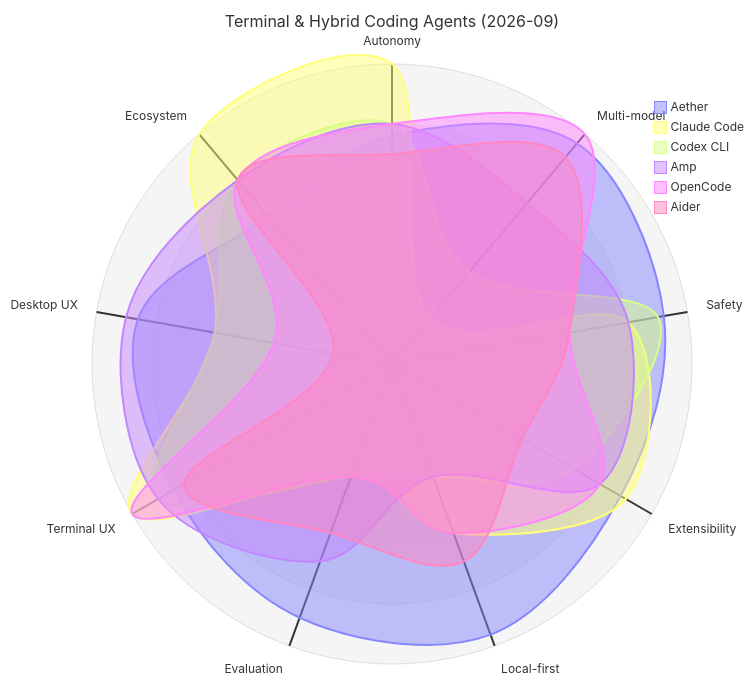
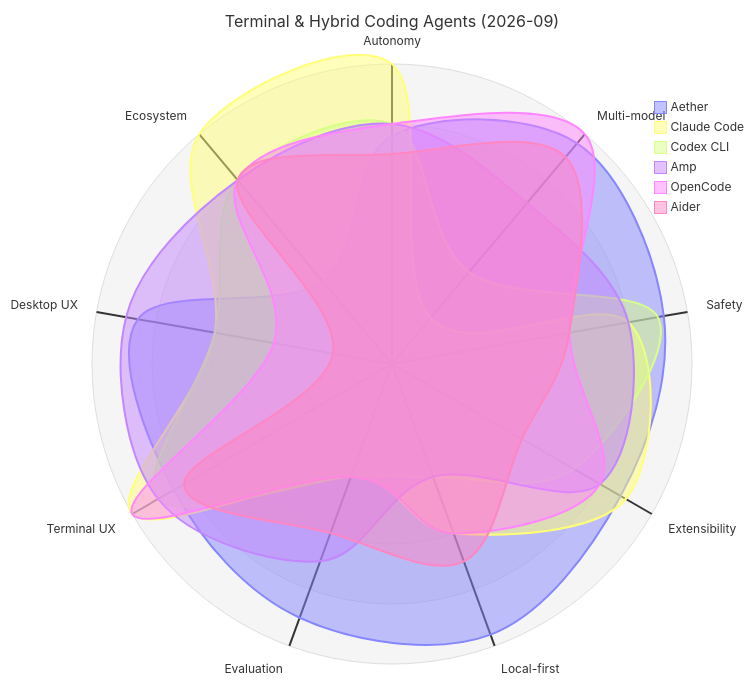
Before and after one commit to TQSY114514/Aether: the first of 3 diagrams in docs/competitive-analysis.md, drawn with Mermaid. The commit also changed other lines of this file and 81 other files, not shown here.

````diff
--- a/docs/competitive-analysis.md
+++ b/docs/competitive-analysis.md
@@ -63,13 +63,13 @@
 ```mermaid
 radar-beta
   title Terminal & Hybrid Coding Agents (2026-09)
   axis aut["Autonomy"], mm["Multi-model"], saf["Safety"], ext["Extensibility"], loc["Local-first"], eva["Evaluation"], tux["Terminal UX"], dux["Desktop UX"], eco["Ecosystem"]
-  curve aether["Aether"]{3.8, 4.8, 4.6, 4.4, 4.8, 4.5, 4.2, 4.3, 3.2}
+  curve aether["Aether"]{3.8, 4.8, 4.6, 4.4, 4.8, 4.5, 4.2, 4.3, 1.8}
   curve claude["Claude Code"]{5.0, 1.0, 4.0, 4.5, 3.0, 2.0, 5.0, 3.0, 5.0}
   curve codex["Codex CLI"]{4.0, 2.0, 4.5, 3.5, 2.0, 2.0, 4.5, 3.0, 4.0}
   curve amp["Amp"]{4.0, 3.5, 4.0, 4.0, 2.0, 3.5, 4.5, 4.5, 4.0}
   curve opencode["OpenCode"]{4.0, 5.0, 3.0, 4.0, 3.0, 2.0, 5.0, 2.0, 4.0}
   curve aider["Aider"]{3.5, 4.5, 3.0, 2.5, 3.5, 3.0, 4.0, 1.0, 4.0}
   max 5
   min 0
 ```
````
